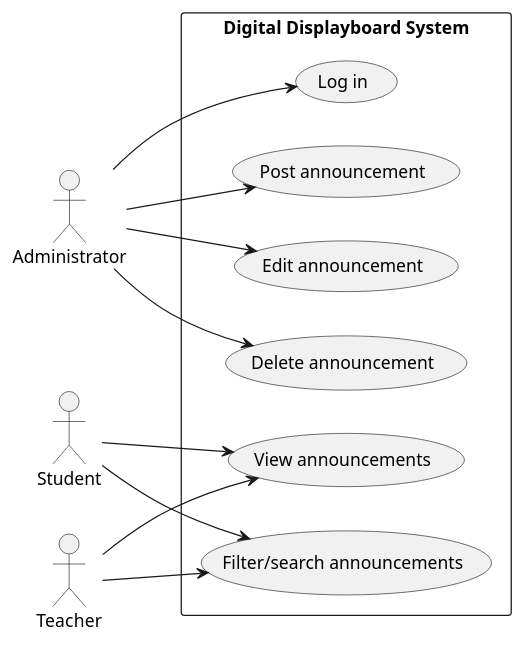
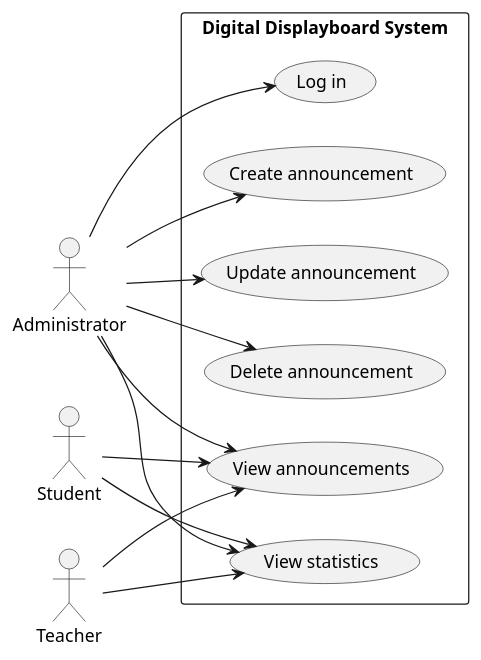
The diagram in planning/use case diagram/general-use-case-diagram.puml (AbderrafieElmrabet/red-thread-project), drawn with PlantUML before and after one commit. The commit also changed 6 other files, not shown here.

Commit message:
diagrams

```diff
--- a/planning/use case diagram/general-use-case-diagram.puml
+++ b/planning/use case diagram/general-use-case-diagram.puml
@@ -1,21 +1,23 @@
 @startuml
 left to right direction
 
 actor Administrator
 actor Student
 actor Teacher
 
 rectangle "Digital Displayboard System" {
     Administrator --> (Log in)
-    Administrator --> (Post announcement)
-    Administrator --> (Edit announcement)
+    Administrator --> (Create announcement)
+    Administrator --> (Update announcement)
     Administrator --> (Delete announcement)
+    Administrator --> (View announcements)
+    Administrator --> (View statistics)
 
     Student --> (View announcements)
-    Student --> (Filter/search announcements)
+    Student --> (View statistics)
 
     Teacher --> (View announcements)
-    Teacher --> (Filter/search announcements)
+    Teacher --> (View statistics)
 }
 
 @enduml
```
